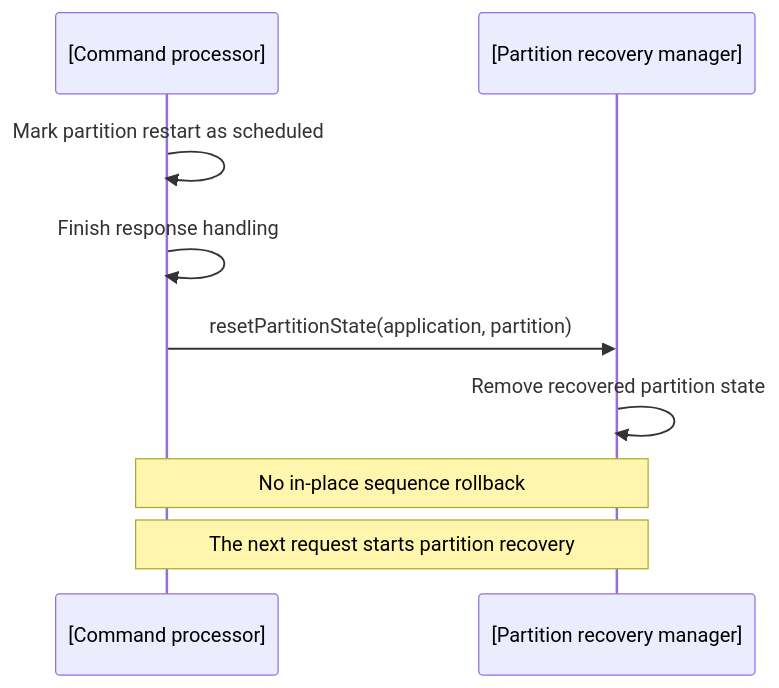
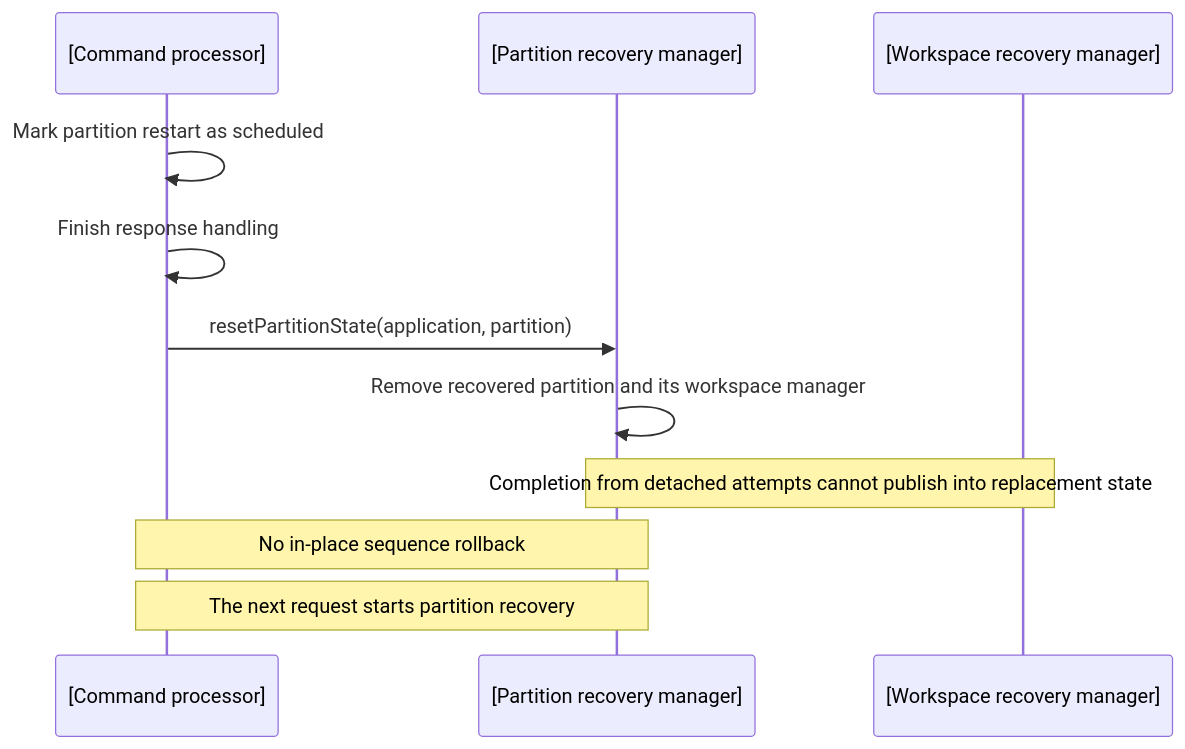
Before and after one commit to host6/voedger: the ninth of 9 diagrams in uspecs/specs/prod/apps/arch-sequences.md, drawn with Mermaid. The commit also changed other lines of this file and 1 other file, not shown here.

````diff
--- a/uspecs/specs/prod/apps/arch-sequences.md
+++ b/uspecs/specs/prod/apps/arch-sequences.md
@@ -388,12 +560,14 @@
 ```mermaid
 sequenceDiagram
     participant CP as [Command processor]
-    participant Recovery as [Partition recovery manager]
+    participant PartitionRecovery as [Partition recovery manager]
+    participant WorkspaceRecovery as [Workspace recovery manager]
 
     CP->>CP: Mark partition restart as scheduled
     CP->>CP: Finish response handling
-    CP->>Recovery: resetPartitionState(application, partition)
-    Recovery->>Recovery: Remove recovered partition state
-    Note over CP,Recovery: No in-place sequence rollback
-    Note over CP,Recovery: The next request starts partition recovery
+    CP->>PartitionRecovery: resetPartitionState(application, partition)
+    PartitionRecovery->>PartitionRecovery: Remove recovered partition and its workspace manager
+    Note over PartitionRecovery,WorkspaceRecovery: Completion from detached attempts cannot publish into replacement state
+    Note over CP,PartitionRecovery: No in-place sequence rollback
+    Note over CP,PartitionRecovery: The next request starts partition recovery
 ```
````
